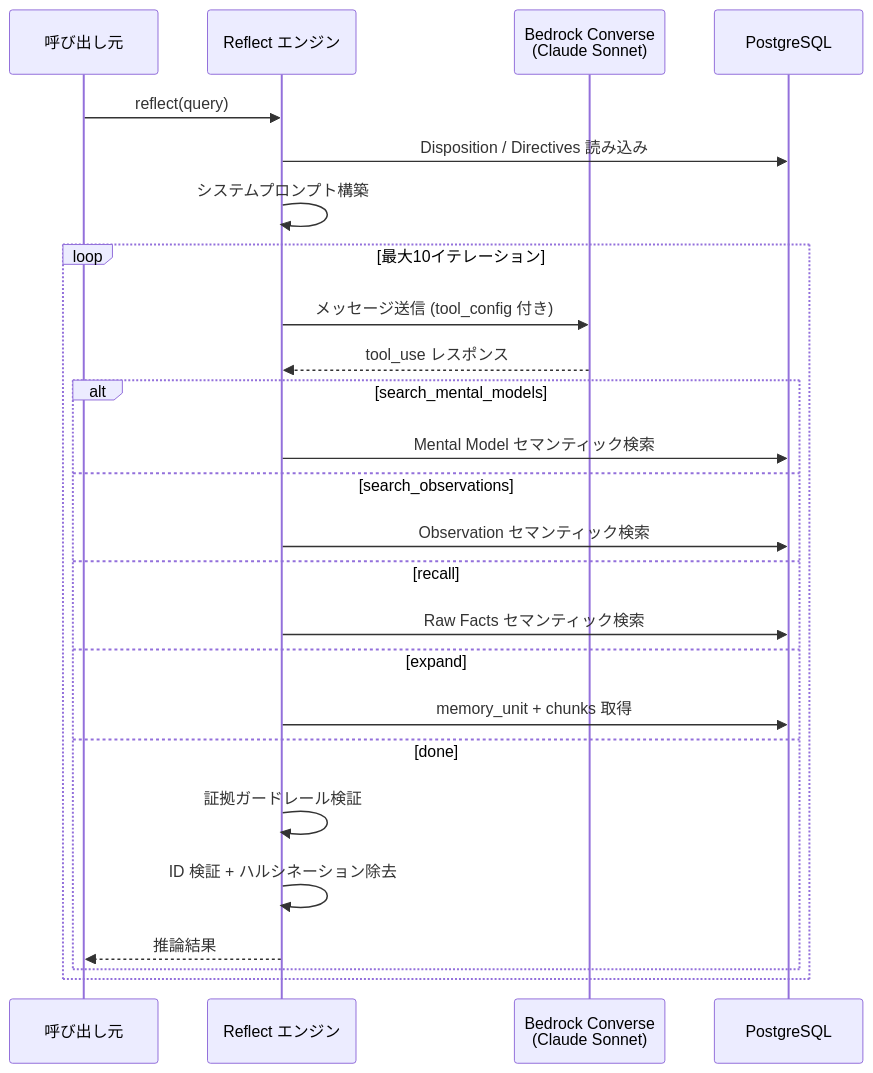
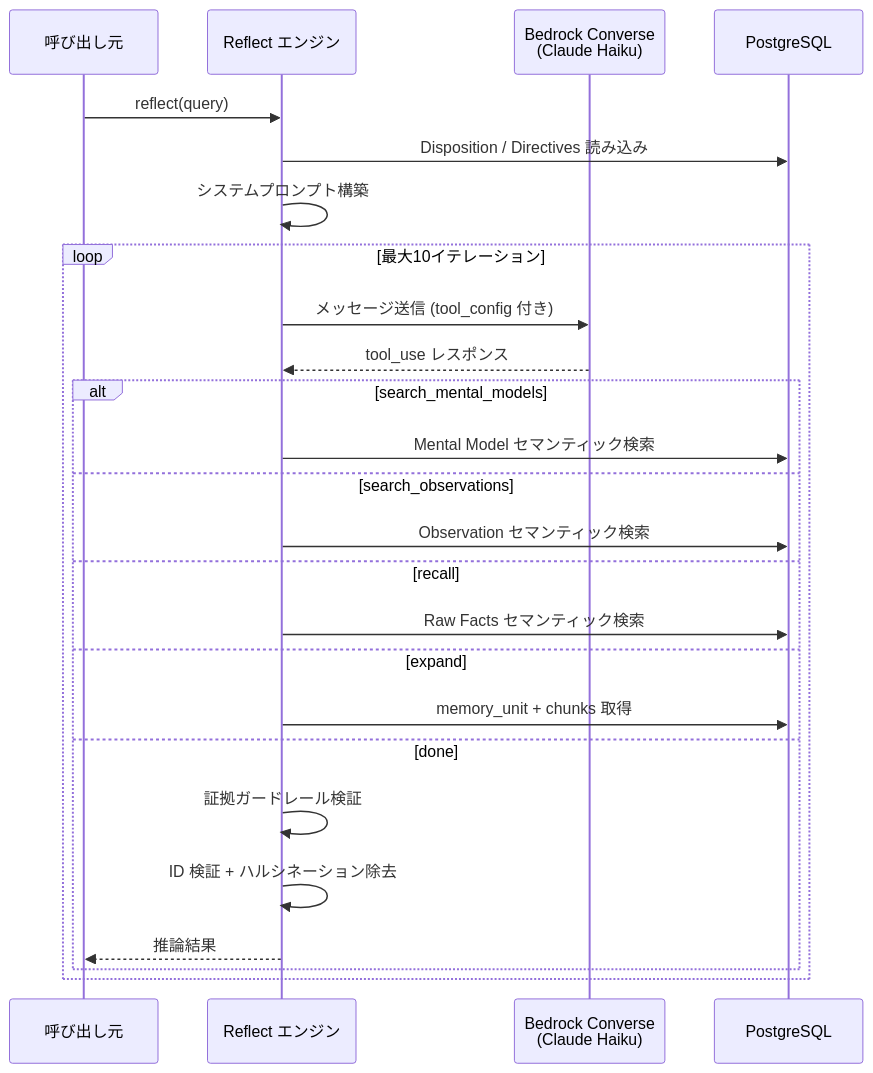
Before and after one commit to sori883/myfriend: the second of 3 diagrams in docs/設計/記憶システム/長期記憶.md, drawn with Mermaid. The commit also changed other lines of this file and 23 other files, not shown here.

````diff
--- a/docs/設計/記憶システム/長期記憶.md
+++ b/docs/設計/記憶システム/長期記憶.md
@@ -54,30 +54,30 @@
 ```mermaid
 sequenceDiagram
     participant Caller as 呼び出し元
     participant Reflect as Reflect エンジン
-    participant LLM as Bedrock Converse<br/>(Claude Sonnet)
+    participant LLM as Bedrock Converse<br/>(Claude Haiku)
     participant DB as PostgreSQL
 
     Caller->>Reflect: reflect(query)
     Reflect->>DB: Disposition / Directives 読み込み
     Reflect->>Reflect: システムプロンプト構築
 
     loop 最大10イテレーション
         Reflect->>LLM: メッセージ送信 (tool_config 付き)
         LLM-->>Reflect: tool_use レスポンス
 
         alt search_mental_models
             Reflect->>DB: Mental Model セマンティック検索
         else search_observations
             Reflect->>DB: Observation セマンティック検索
         else recall
             Reflect->>DB: Raw Facts セマンティック検索
         else expand
             Reflect->>DB: memory_unit + chunks 取得
         else done
             Reflect->>Reflect: 証拠ガードレール検証
             Reflect->>Reflect: ID 検証 + ハルシネーション除去
             Reflect-->>Caller: 推論結果
         end
     end
 ```
````
